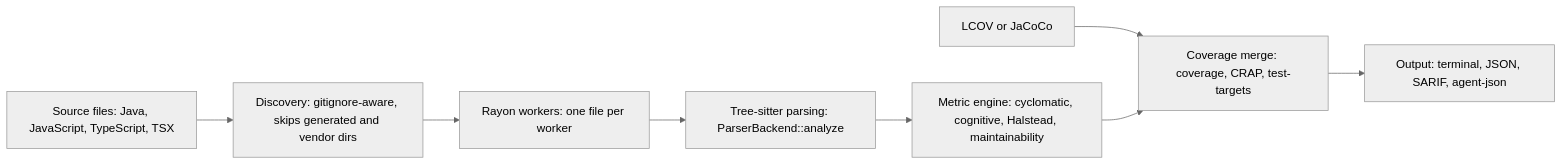
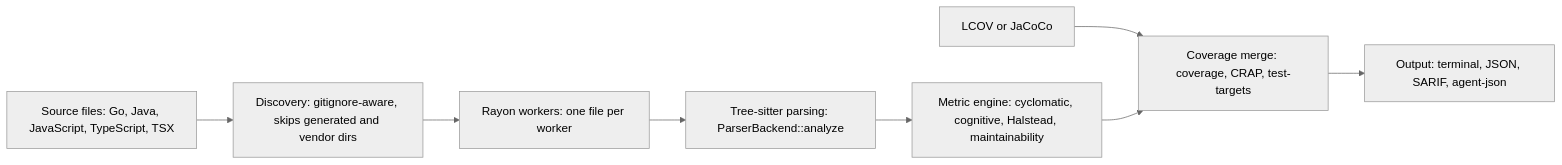
One commit to jbt95/leadline changed the first of 3 diagrams in README.md. Above: the diagram before and after it, drawn with Mermaid (neutral theme). The commit also changed other lines of this file and 19 other files, not shown here.

````diff
--- a/README.md
+++ b/README.md
@@ -39,10 +39,10 @@
 ```mermaid
 flowchart LR
-    Sources["Source files: Java, JavaScript, TypeScript, TSX"] --> Discovery["Discovery: gitignore-aware, skips generated and vendor dirs"]
+    Sources["Source files: Go, Java, JavaScript, TypeScript, TSX"] --> Discovery["Discovery: gitignore-aware, skips generated and vendor dirs"]
     Discovery --> Workers["Rayon workers: one file per worker"]
     Workers --> Parser["Tree-sitter parsing: ParserBackend::analyze"]
     Parser --> Engine["Metric engine: cyclomatic, cognitive, Halstead, maintainability"]
     Coverage["LCOV or JaCoCo"] --> Apply["Coverage merge: coverage, CRAP, test-targets"]
     Engine --> Apply
     Apply --> Output["Output: terminal, JSON, SARIF, agent-json"]
 ```
````
